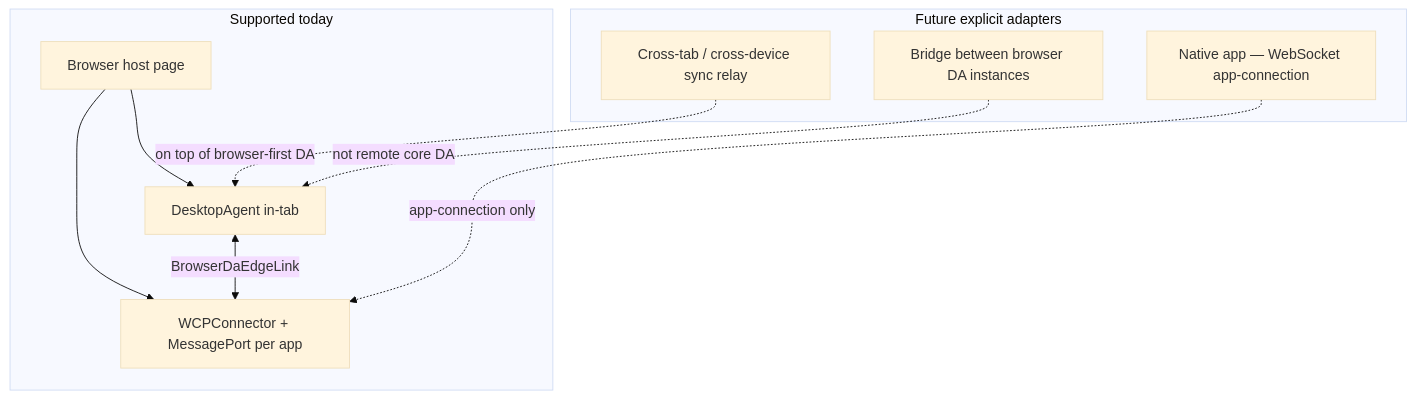
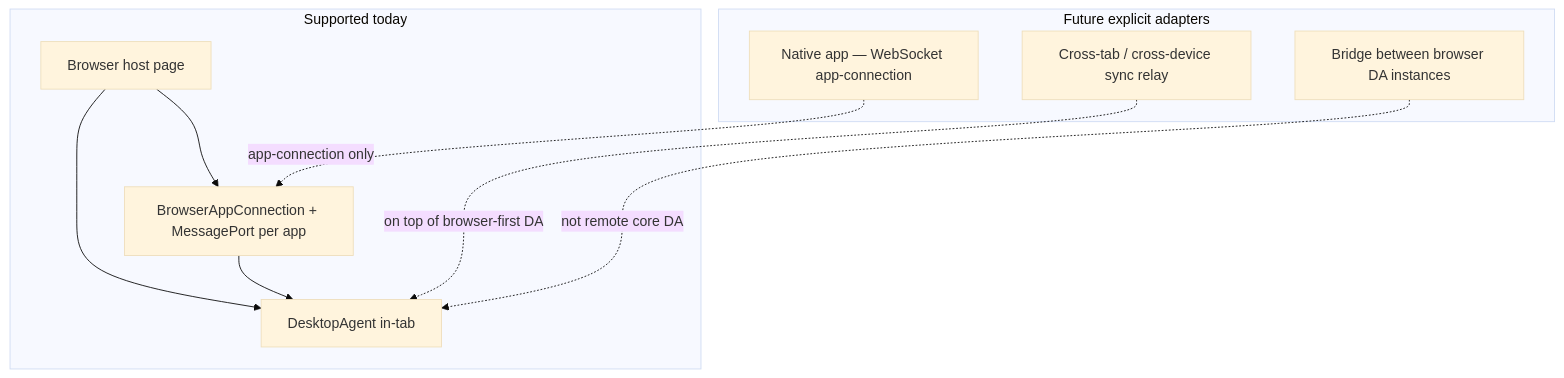
One commit to SeeWhatsOn/FDC3-Sail changed the third of 7 diagrams in website/docs/packages/desktop-agent/composition.md. Above: the diagram before and after it, drawn with Mermaid (base theme). The commit also changed other lines of this file and 28 other files, not shown here.

````diff
--- a/website/docs/packages/desktop-agent/composition.md
+++ b/website/docs/packages/desktop-agent/composition.md
@@ -86,20 +78,20 @@
 ```mermaid
 flowchart TB
   subgraph today ["Supported today"]
     B["Browser host page"]
     DA["DesktopAgent in-tab"]
-    WCP["WCPConnector + MessagePort per app"]
+    WCP["BrowserAppConnection + MessagePort per app"]
     B --> DA
     B --> WCP
-    DA <-->|"BrowserDaEdgeLink"| WCP
+    WCP --> DA
   end
 
   subgraph future ["Future explicit adapters"]
     NAT["Native app — WebSocket app-connection"]
     SYNC["Cross-tab / cross-device sync relay"]
     BR["Bridge between browser DA instances"]
     NAT -.->|"app-connection only"| WCP
     SYNC -.->|"on top of browser-first DA"| DA
     BR -.->|"not remote core DA"| DA
   end
 ```
````
